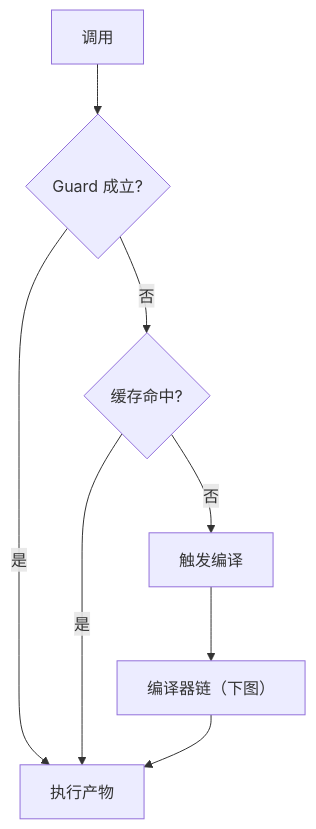
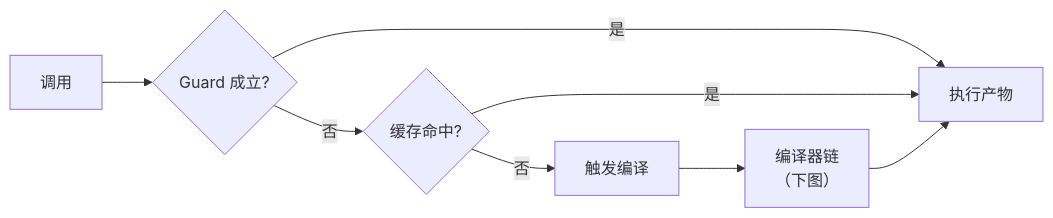
Before and after one commit to arganzheng/arganzheng.github.com: the seventh of 9 diagrams in slides/2026-02-26-deep-dive-into-pytorch.md, drawn with Mermaid. The commit also changed other lines of this file, not shown here.

Commit message:
slides(2026-02-26-deep-dive-into-pytorch): 图内文字 ≥14px——标签缩短/拆分/Unicode 数学

````diff
--- a/slides/2026-02-26-deep-dive-into-pytorch.md
+++ b/slides/2026-02-26-deep-dive-into-pytorch.md
@@ -237,8 +240,8 @@
 ```mermaid
 %%{init: {"flowchart": {"wrappingWidth": 170}}}%%
-flowchart TB
+flowchart LR
     CALL["调用"] --> GD{"Guard 成立?"} -->|是| RUN["执行产物"]
     GD -->|否| CA{"缓存命中?"} -->|是| RUN
-    CA -->|否| TRIG["触发编译"] --> DY["编译器链（下图）"]
+    CA -->|否| TRIG["触发编译"] --> DY["编译器链<br/>（下图）"]
     DY --> RUN
 ```
````
